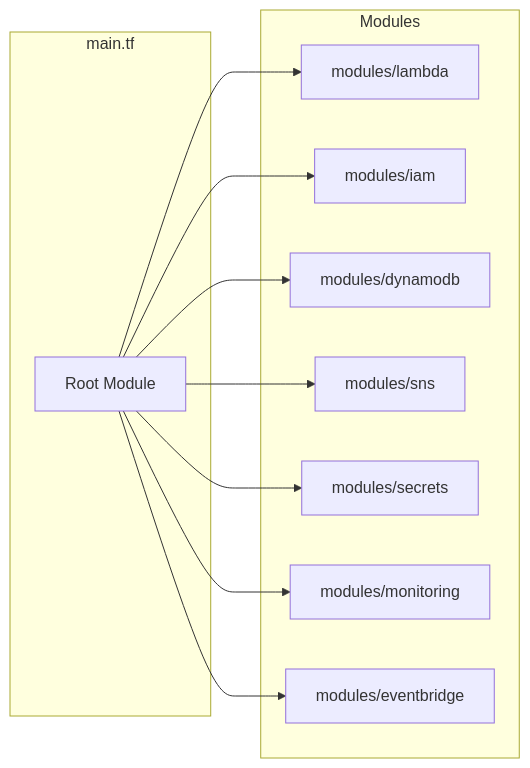
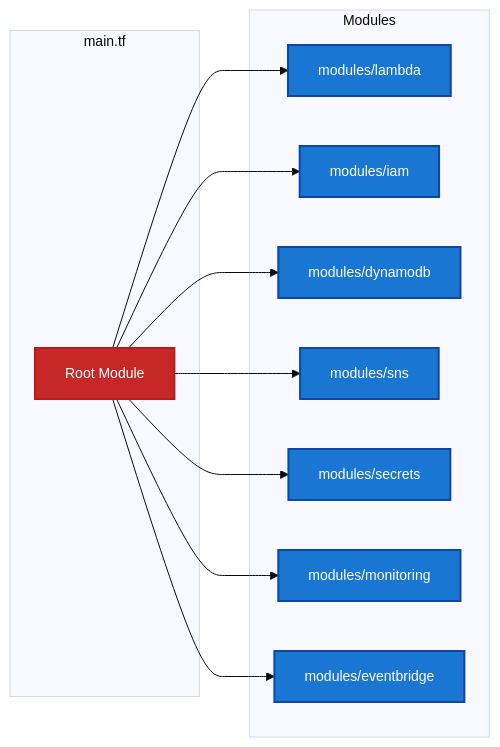
Before and after one commit to traylorre/sentiment-analyzer-gsk: the seventh of 9 diagrams in docs/TERRAFORM_DEPLOYMENT_FLOW.md, drawn with Mermaid. The commit also changed other lines of this file and 1 other file, not shown here.

First line of the commit message:
docs: Improve mermaid diagram accessibility and color contrast

````diff
--- a/docs/TERRAFORM_DEPLOYMENT_FLOW.md
+++ b/docs/TERRAFORM_DEPLOYMENT_FLOW.md
@@ -232,24 +275,31 @@
 ```mermaid
+%%{init: {'theme':'base', 'themeVariables': {'fontSize':'14px'}}}%%
 graph LR
     subgraph "main.tf"
         A[Root Module]
     end
 
     subgraph "Modules"
         B[modules/lambda]
         C[modules/iam]
         D[modules/dynamodb]
         E[modules/sns]
         F[modules/secrets]
         G[modules/monitoring]
         H[modules/eventbridge]
     end
 
     A --> B
     A --> C
     A --> D
     A --> E
     A --> F
     A --> G
     A --> H
+
+    classDef rootModule fill:#c62828,stroke:#b71c1c,stroke-width:2px,color:#fff
+    classDef childModule fill:#1976d2,stroke:#0d47a1,stroke-width:2px,color:#fff
+
+    class A rootModule
+    class B,C,D,E,F,G,H childModule
 ```
````
